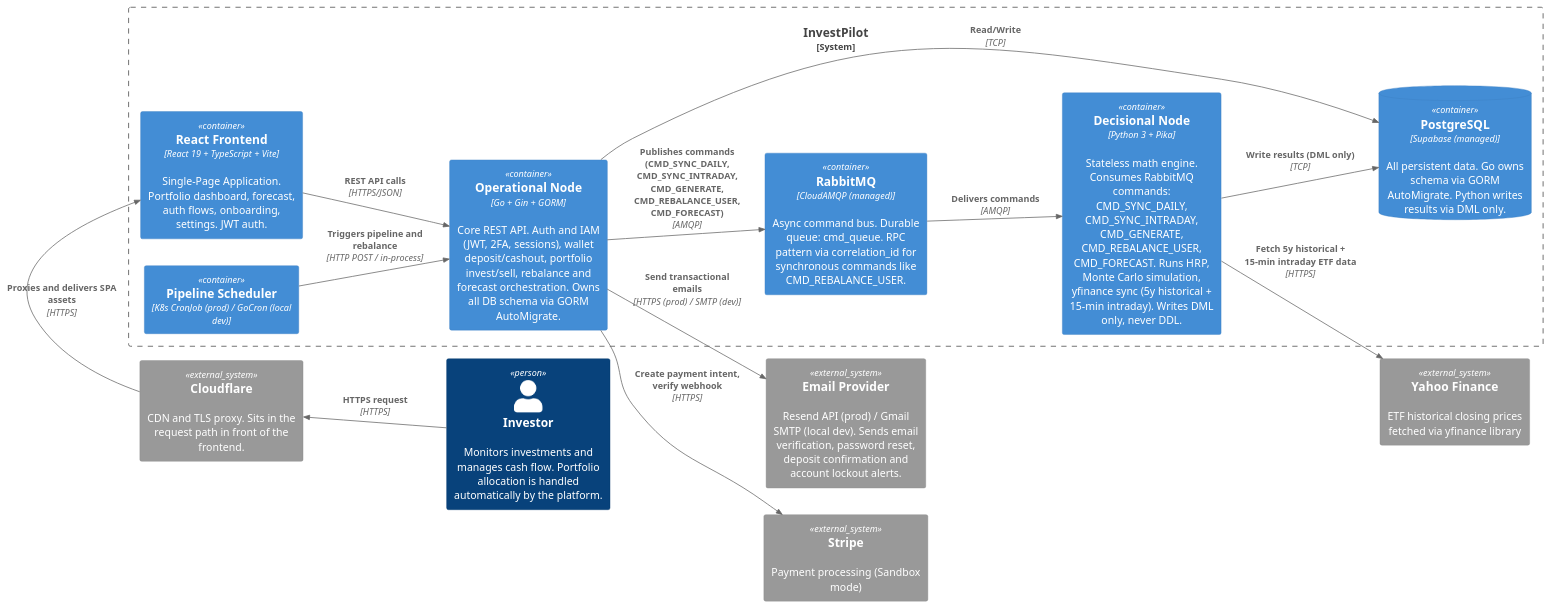
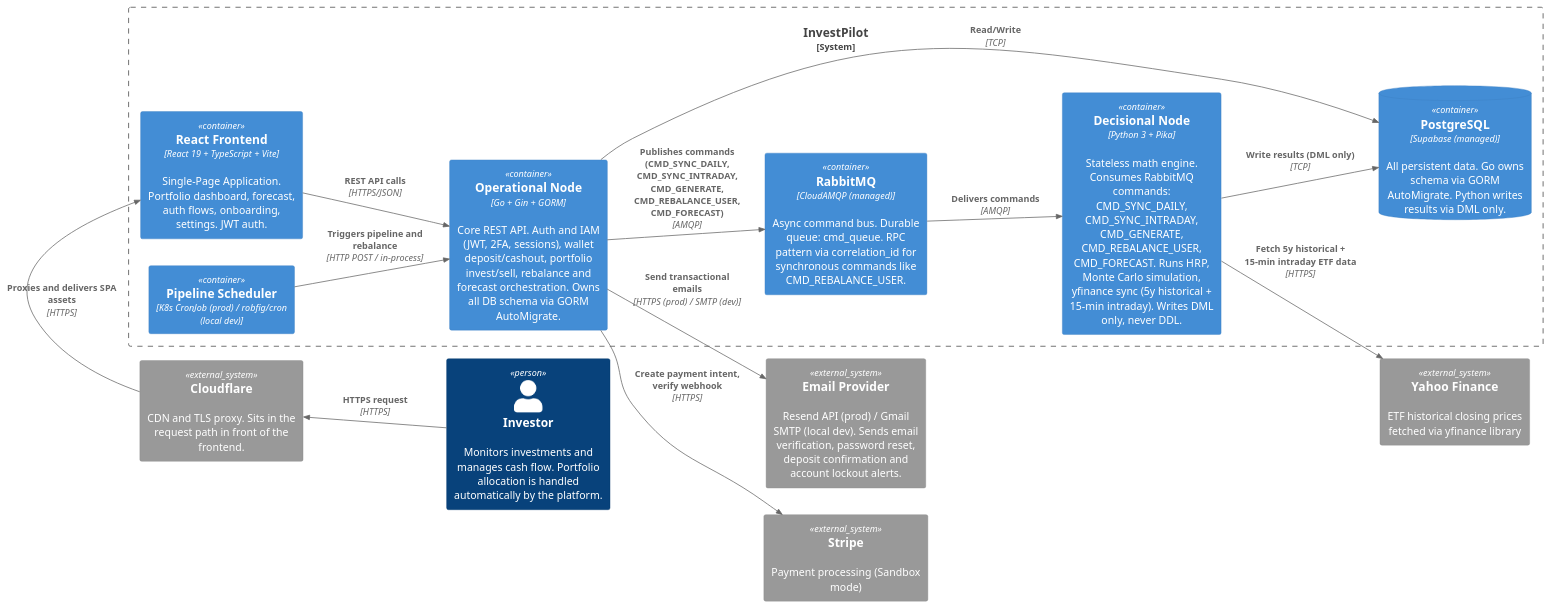
The diagram in docs/diagrams/c4-container.puml (andreiOpran/InvestPilot), drawn with PlantUML before and after one commit. The commit also changed 3 other files, not shown here.

Commit message:
[FIX] gocron -> robfig/cron

```diff
--- a/docs/diagrams/c4-container.puml
+++ b/docs/diagrams/c4-container.puml
@@ -1,43 +1,43 @@
 @startuml InvestPilot-C4-L2
 !include https://raw.githubusercontent.com/plantuml-stdlib/C4-PlantUML/master/C4_Container.puml
 
 LAYOUT_LANDSCAPE()
 
 Person(investor, "Investor", "Monitors investments and manages cash flow. Portfolio allocation is handled automatically by the platform.")
 
 System_Ext(cloudflare, "Cloudflare", "CDN and TLS proxy. Sits in the request path in front of the frontend.")
 System_Ext(stripe, "Stripe", "Payment processing (Sandbox mode)")
 System_Ext(yfinance, "Yahoo Finance", "ETF historical closing prices fetched via yfinance library")
 System_Ext(mailer, "Email Provider", "Resend API (prod) / Gmail SMTP (local dev). Sends email verification, password reset, deposit confirmation and account lockout alerts.")
 
 System_Boundary(investpilot, "InvestPilot") {
 
     Container(spa, "React Frontend", "React 19 + TypeScript + Vite", "Single-Page Application. Portfolio dashboard, forecast, auth flows, onboarding, settings. JWT auth.")
 
     Container(operational, "Operational Node", "Go + Gin + GORM", "Core REST API. Auth and IAM (JWT, 2FA, sessions), wallet deposit/cashout, portfolio invest/sell, rebalance and forecast orchestration. Owns all DB schema via GORM AutoMigrate.")
 
     Container(decisional, "Decisional Node", "Python 3 + Pika", "Stateless math engine. Consumes RabbitMQ commands: CMD_SYNC_DAILY, CMD_SYNC_INTRADAY, CMD_GENERATE, CMD_REBALANCE_USER, CMD_FORECAST. Runs HRP, Monte Carlo simulation, yfinance sync (5y historical + 15-min intraday). Writes DML only, never DDL.")
 
-    Container(scheduler, "Pipeline Scheduler", "K8s CronJob (prod) / GoCron (local dev)")
+    Container(scheduler, "Pipeline Scheduler", "K8s CronJob (prod) / robfig/cron (local dev)")
 
     Container(rabbitmq, "RabbitMQ", "CloudAMQP (managed)", "Async command bus. Durable queue: cmd_queue. RPC pattern via correlation_id for synchronous commands like CMD_REBALANCE_USER.")
 
     ContainerDb(postgres, "PostgreSQL", "Supabase (managed)", "All persistent data. Go owns schema via GORM AutoMigrate. Python writes results via DML only.")
 }
 
 ' Relationships
 Rel_L(investor, cloudflare, "HTTPS request", "HTTPS")
 Rel_U(cloudflare, spa, "Proxies and delivers SPA assets", "HTTPS")
 Rel(spa, operational, "REST API calls", "HTTPS/JSON")
 Rel(operational, rabbitmq, "Publishes commands (CMD_SYNC_DAILY, CMD_SYNC_INTRADAY, CMD_GENERATE, CMD_REBALANCE_USER, CMD_FORECAST)", "AMQP")
 Rel(rabbitmq, decisional, "Delivers commands", "AMQP")
 Rel(scheduler, operational, "Triggers pipeline and rebalance", "HTTP POST / in-process")
 Rel(operational, postgres, "Read/Write", "TCP")
 Rel(decisional, postgres, "Write results (DML only)", "TCP")
 Rel(operational, stripe, "Create payment intent, verify webhook", "HTTPS")
 Rel(decisional, yfinance, "Fetch 5y historical + 15-min intraday ETF data", "HTTPS")
 Rel(operational, mailer, "Send transactional emails", "HTTPS (prod) / SMTP (dev)")
 
 Lay_R(mailer, stripe)
 
 @enduml
```
